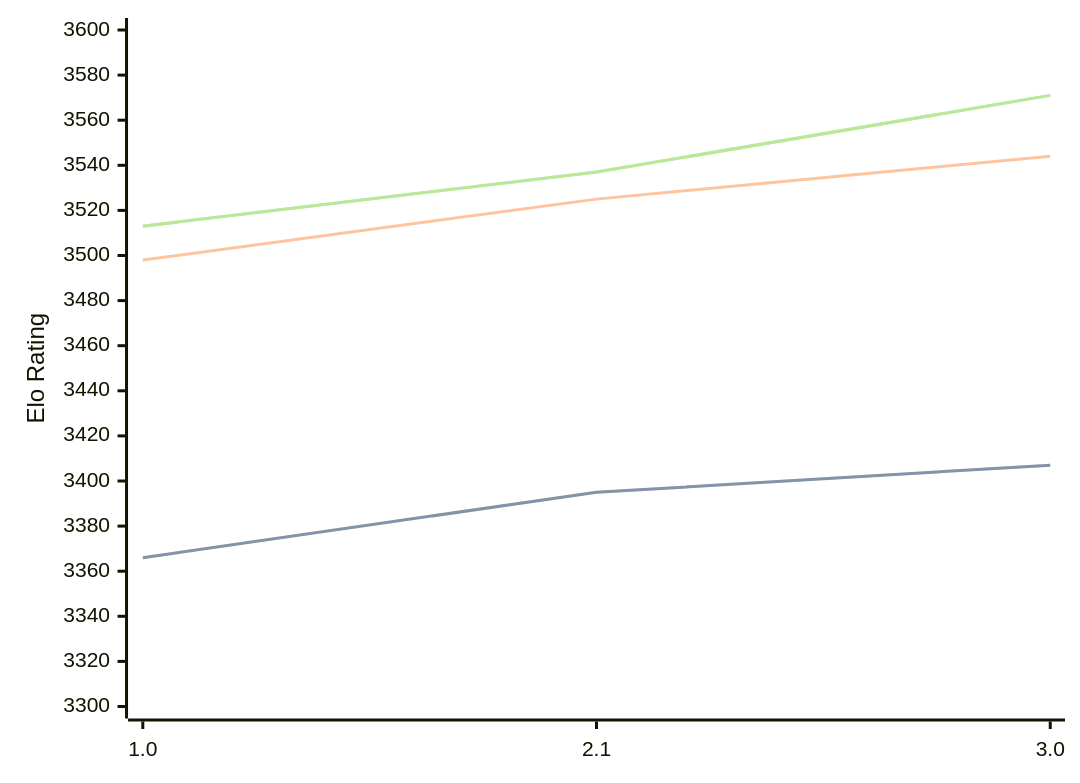
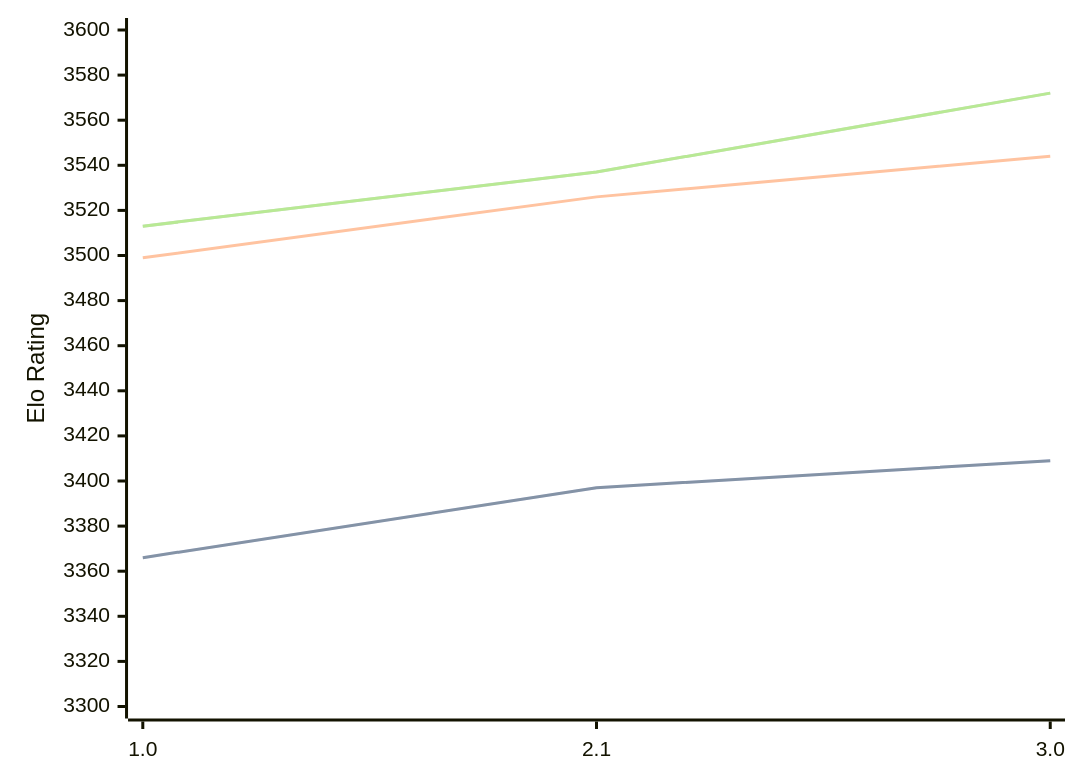
Before and after one commit to computer-chess-index/cci: the diagram in engines/Hobbes.md, drawn with Mermaid. The commit also changed other lines of this file, not shown here.

Commit message:
Update CCI Ratings (ELO VLTC) - 2026-08-19

````diff
--- a/engines/Hobbes.md
+++ b/engines/Hobbes.md
@@ -33,11 +33,11 @@
 ```mermaid
 %%{init: {"theme":"base","themeVariables":{"seriesColors:['#a3a3a3','#222221','#faa371']}}}%%
 xychart-beta
   x-axis ["1.0", "2.1", "3.0"]
   y-axis "Elo Rating" 3300 --> 3600
-  line "STC (8.0+0.08s)" [3366, 3395, 3407]
-  line "STC (8.0+0.08s)" [3366, 3395, 3407]
-  line "LTC (60.0+0.60s)" [3498, 3525, 3544]
-  line "VLTC (2m24s+1.12s)" [3513, 3537, 3571]
-  line "VLTC (2m24s+1.12s)" [3513, 3537, 3571]
+  line "STC (8.0+0.08s)" [3366, 3397, 3409]
+  line "STC (8.0+0.08s)" [3366, 3397, 3409]
+  line "LTC (60.0+0.60s)" [3499, 3526, 3544]
+  line "VLTC (2m24s+1.12s)" [3513, 3537, 3572]
+  line "VLTC (2m24s+1.12s)" [3513, 3537, 3572]
 ```
````
